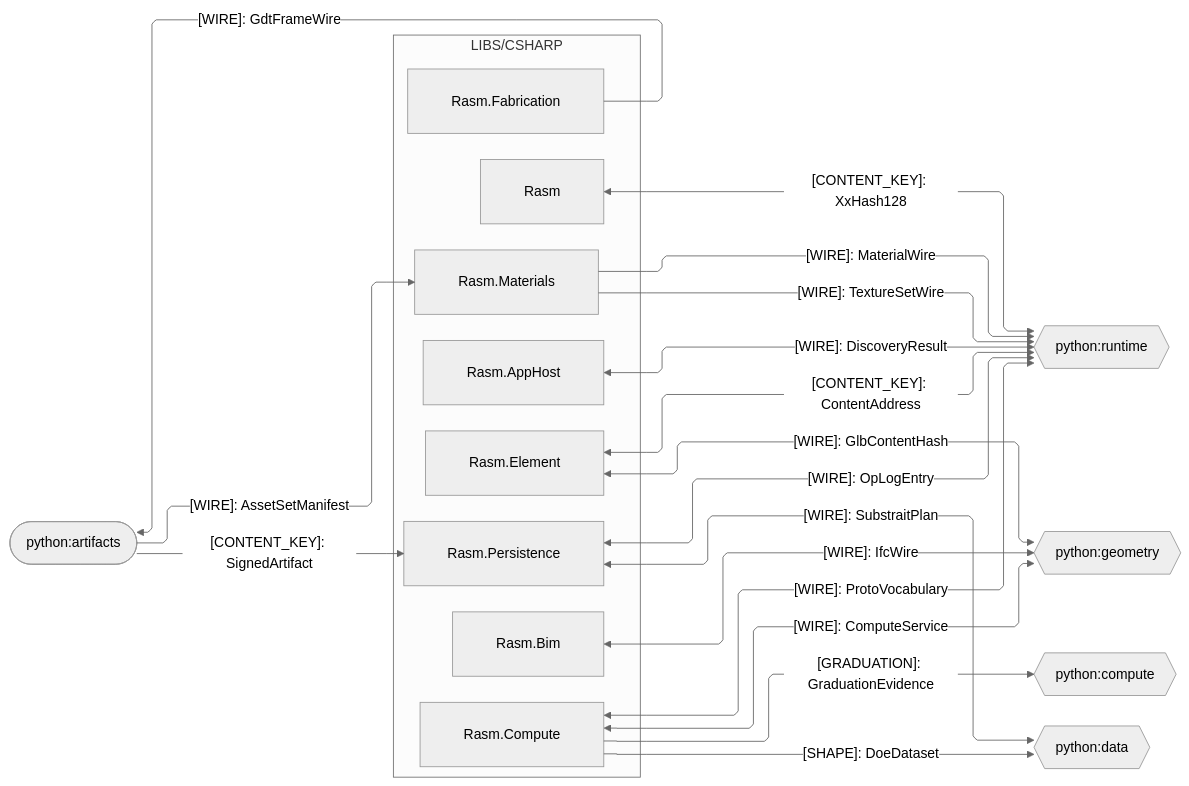
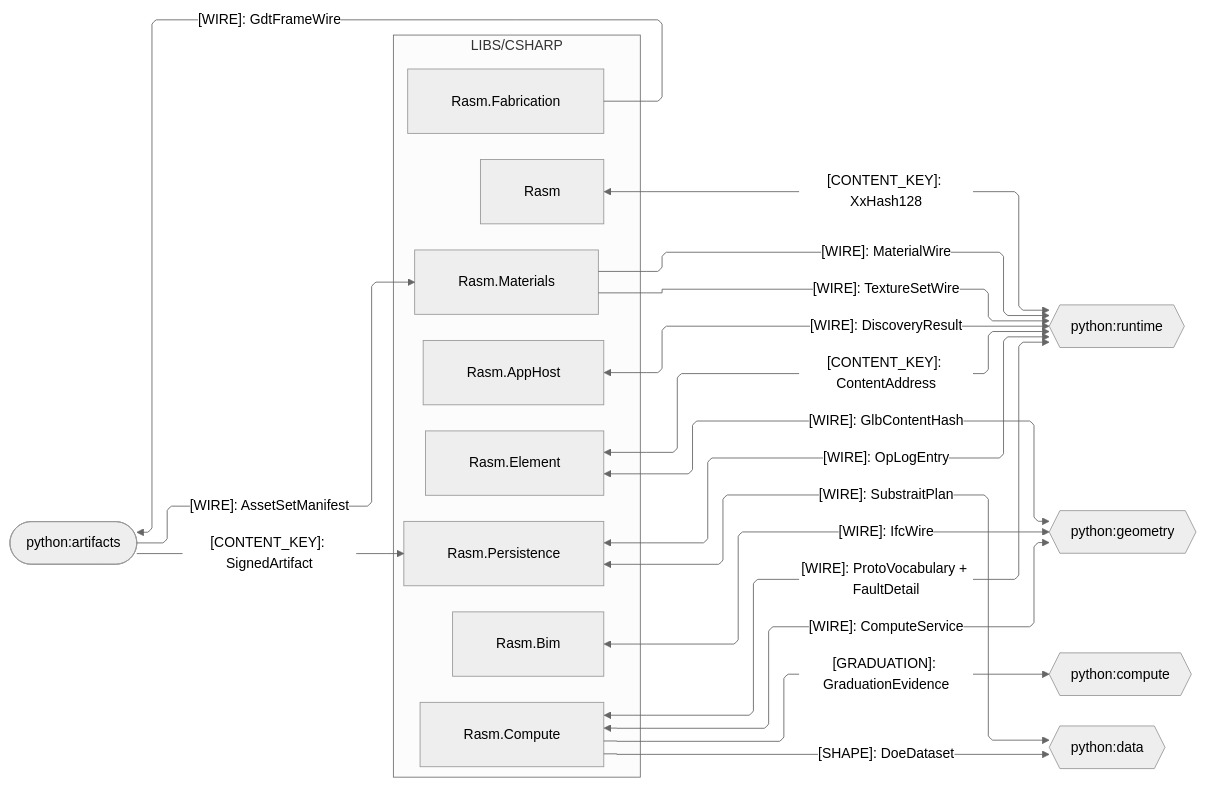
The second of 5 diagrams in libs/csharp/.planning/ARCHITECTURE.md (bsamiee/Rasm), drawn with Mermaid (neutral theme) before and after one commit. The commit also changed other lines of this file and 272 other files, not shown here.

````diff
--- a/libs/csharp/.planning/ARCHITECTURE.md
+++ b/libs/csharp/.planning/ARCHITECTURE.md
@@ -116,43 +116,43 @@
 ```mermaid
 ---
 config:
   layout: elk
   flowchart:
     curve: linear
     padding: 25
 ---
 flowchart LR
     accTitle: C# branch python seam registry
     accDescr: Which kinded contract shapes cross between the C# packages and their python counterparts.
     subgraph csharp[LIBS/CSHARP]
         Rasm[Rasm]
         Element[Rasm.Element]
         Bim[Rasm.Bim]
         Materials[Rasm.Materials]
         Fabrication[Rasm.Fabrication]
         AppHost[Rasm.AppHost]
         Compute[Rasm.Compute]
         Persistence[Rasm.Persistence]
     end
     PyRuntime{{python:runtime}}
     PyGeometry{{python:geometry}}
     PyCompute{{python:compute}}
     PyData{{python:data}}
     PyArtifacts([python:artifacts])
     Rasm e1@<-->|"[CONTENT_KEY]: XxHash128"| PyRuntime
     Element e2@<-->|"[WIRE]: GlbContentHash"| PyGeometry
     Element e3@<-->|"[CONTENT_KEY]: ContentAddress"| PyRuntime
     Bim e4@<-->|"[WIRE]: IfcWire"| PyGeometry
     Materials e5@-->|"[WIRE]: MaterialWire"| PyRuntime
     Materials e6@-->|"[WIRE]: TextureSetWire"| PyRuntime
     PyArtifacts e7@-->|"[WIRE]: AssetSetManifest"| Materials
     Fabrication e8@-->|"[WIRE]: GdtFrameWire"| PyArtifacts
     AppHost e9@<-->|"[WIRE]: DiscoveryResult"| PyRuntime
     Compute e10@<-->|"[WIRE]: ComputeService"| PyGeometry
-    Compute e11@<-->|"[WIRE]: ProtoVocabulary"| PyRuntime
+    Compute e11@<-->|"[WIRE]: ProtoVocabulary + FaultDetail"| PyRuntime
     Compute e12@-->|"[GRADUATION]: GraduationEvidence"| PyCompute
     Compute e13@-->|"[SHAPE]: DoeDataset"| PyData
     Persistence e14@<-->|"[WIRE]: OpLogEntry"| PyRuntime
     PyArtifacts e15@-->|"[CONTENT_KEY]: SignedArtifact"| Persistence
     Persistence e16@<-->|"[WIRE]: SubstraitPlan"| PyData
 ```
````
